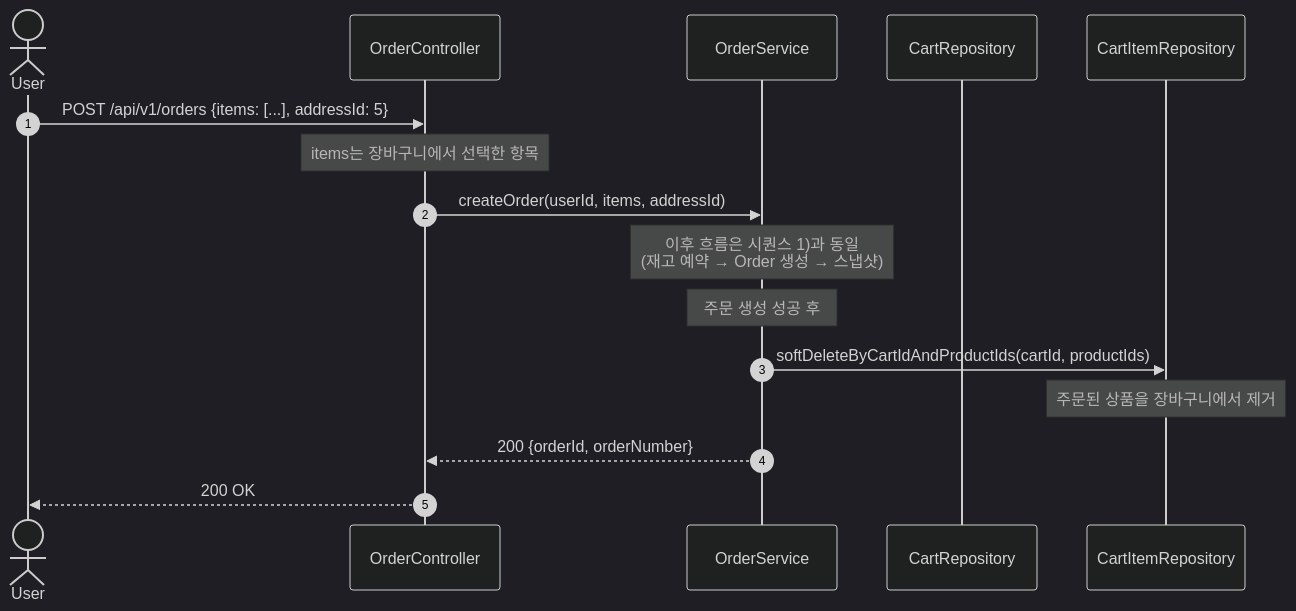
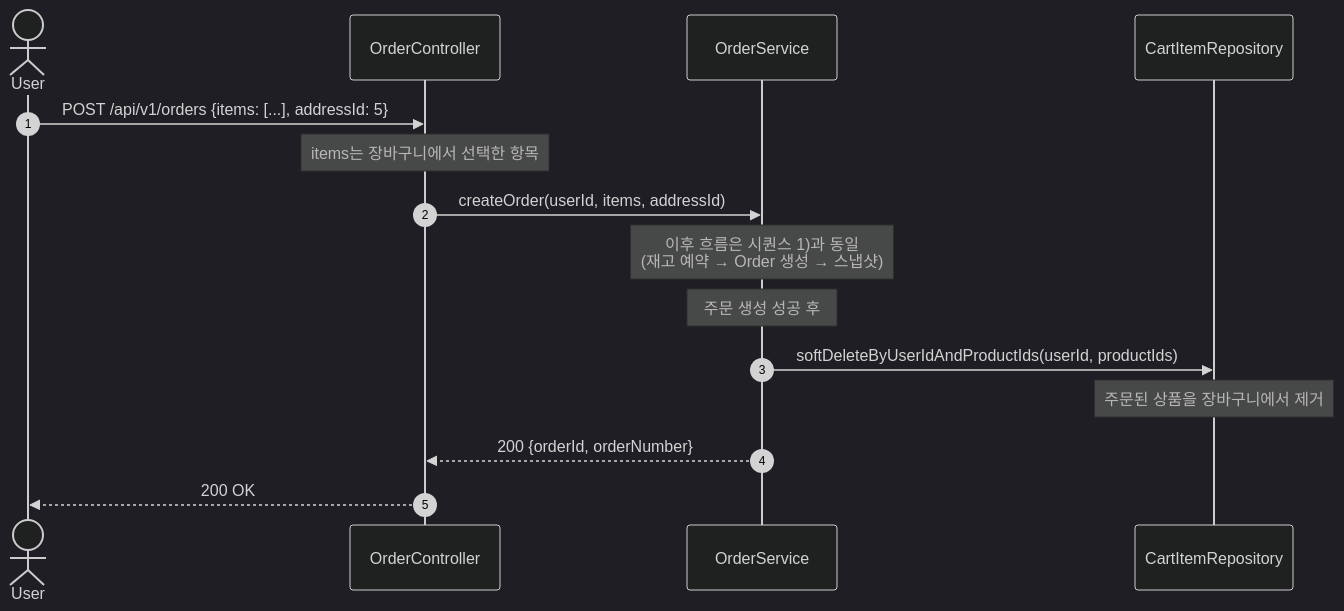
One commit to Loopers-dev-lab/loop-pack-be-l2-vol3-java changed the seventh of 9 diagrams in .docs/design/02-sequence-diagrams.md. Above: the diagram before and after it, drawn with Mermaid (dark theme). The commit also changed other lines of this file and 4 other files, not shown here.

Commit message:
docs: 핵심 도메인 설계 문서 작성 (요구사항, 시퀀스, 클래스, ERD)

````diff
--- a/.docs/design/02-sequence-diagrams.md
+++ b/.docs/design/02-sequence-diagrams.md
@@ -374,22 +360,21 @@
 ```mermaid
 sequenceDiagram
   autonumber
   actor User
   participant Controller as OrderController
   participant Service as OrderService
-  participant CartRepo as CartRepository
   participant CartItemRepo as CartItemRepository
 
   User->>Controller: POST /api/v1/orders {items: [...], addressId: 5}
   Note over Controller: items는 장바구니에서 선택한 항목
 
   Controller->>Service: createOrder(userId, items, addressId)
   Note over Service: 이후 흐름은 시퀀스 1)과 동일<br>(재고 예약 → Order 생성 → 스냅샷)
 
   Note over Service: 주문 생성 성공 후
-  Service->>CartItemRepo: softDeleteByCartIdAndProductIds(cartId, productIds)
+  Service->>CartItemRepo: softDeleteByUserIdAndProductIds(userId, productIds)
   Note over CartItemRepo: 주문된 상품을 장바구니에서 제거
 
   Service-->>Controller: 200 {orderId, orderNumber}
   Controller-->>User: 200 OK
 ```
````
